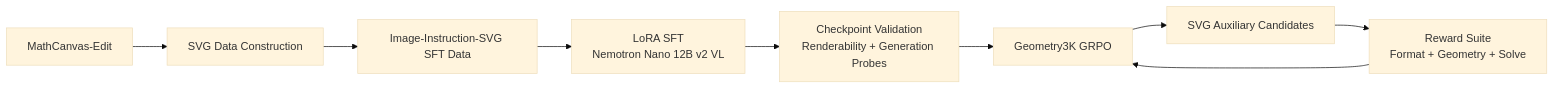
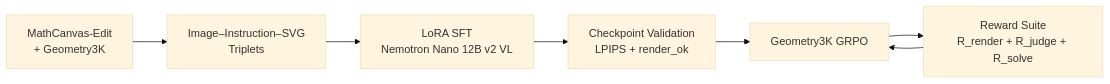
The diagram in README.md (jungjiyu/nemo-rl-submission), drawn with Mermaid (base theme) before and after one commit. The commit also changed other lines of this file, not shown here.

````diff
--- a/README.md
+++ b/README.md
@@ -37,11 +57,9 @@
 ```mermaid
 flowchart LR
-    A[MathCanvas-Edit] --> B[SVG Data Construction]
-    B --> C[Image-Instruction-SVG SFT Data]
-    C --> D[LoRA SFT<br/>Nemotron Nano 12B v2 VL]
-    D --> E[Checkpoint Validation<br/>Renderability + Generation Probes]
-    E --> F[Geometry3K GRPO]
-    F --> G[SVG Auxiliary Candidates]
-    G --> H[Reward Suite<br/>Format + Geometry + Solve]
-    H --> F
+    A[MathCanvas-Edit<br/>+ Geometry3K] --> B[Image–Instruction–SVG<br/>Triplets]
+    B --> C[LoRA SFT<br/>Nemotron Nano 12B v2 VL]
+    C --> D[Checkpoint Validation<br/>LPIPS + render_ok]
+    D --> E[Geometry3K GRPO]
+    E --> F[Reward Suite<br/>R_render + R_judge + R_solve]
+    F --> E
 ```
````
